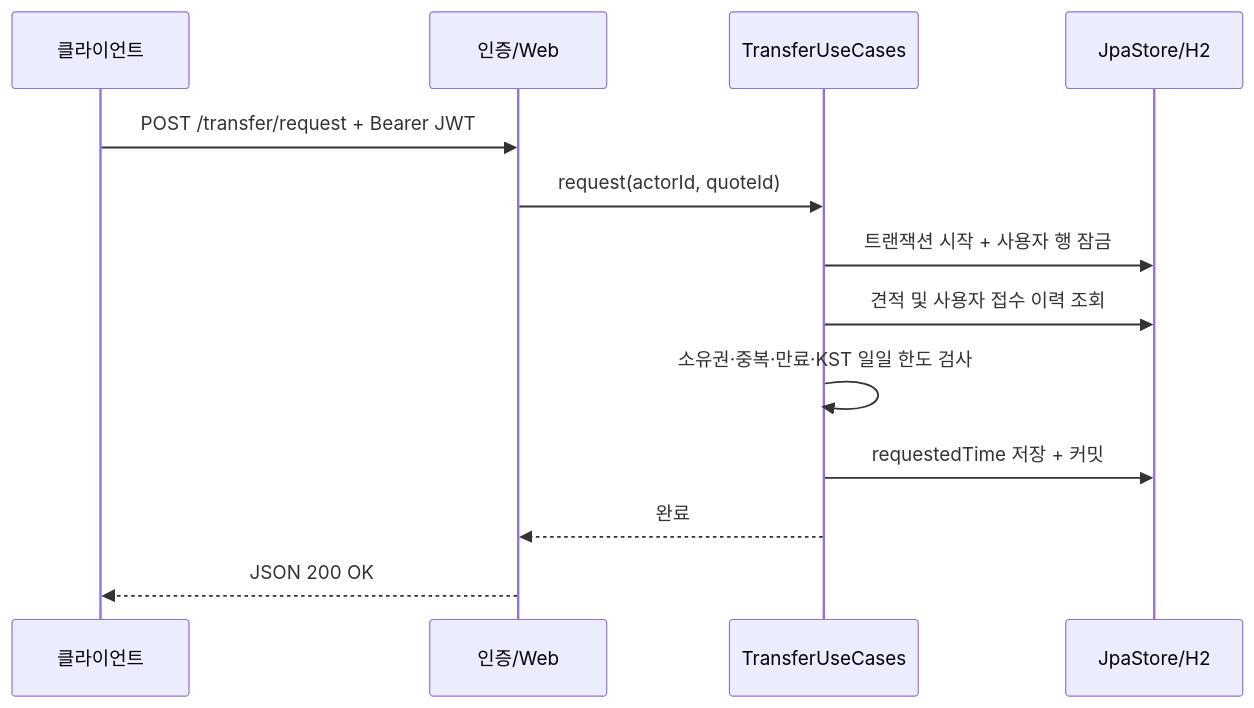
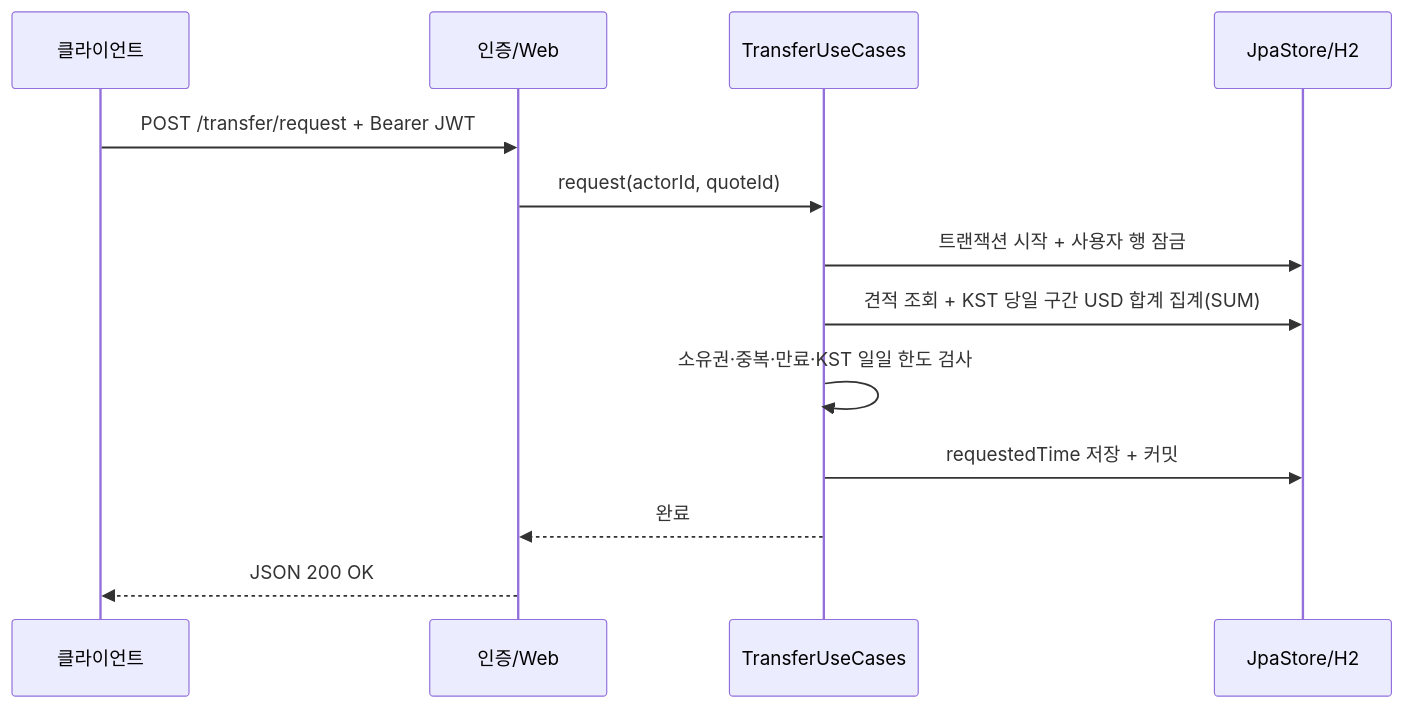
One commit to ssipflow/GlobalRemittance changed the second of 2 diagrams in docs/application/architecture.md. Above: the diagram before and after it, drawn with Mermaid. The commit also changed other lines of this file and 13 other files, not shown here.

````diff
--- a/docs/application/architecture.md
+++ b/docs/application/architecture.md
@@ -34,15 +34,15 @@
 ```mermaid
 sequenceDiagram
     participant C as 클라이언트
     participant W as 인증/Web
     participant A as TransferUseCases
     participant P as JpaStore/H2
     C->>W: POST /transfer/request + Bearer JWT
     W->>A: request(actorId, quoteId)
     A->>P: 트랜잭션 시작 + 사용자 행 잠금
-    A->>P: 견적 및 사용자 접수 이력 조회
+    A->>P: 견적 조회 + KST 당일 구간 USD 합계 집계(SUM)
     A->>A: 소유권·중복·만료·KST 일일 한도 검사
     A->>P: requestedTime 저장 + 커밋
     A-->>W: 완료
     W-->>C: JSON 200 OK
 ```
````
